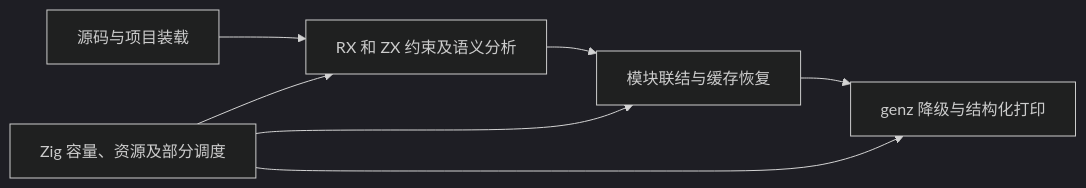
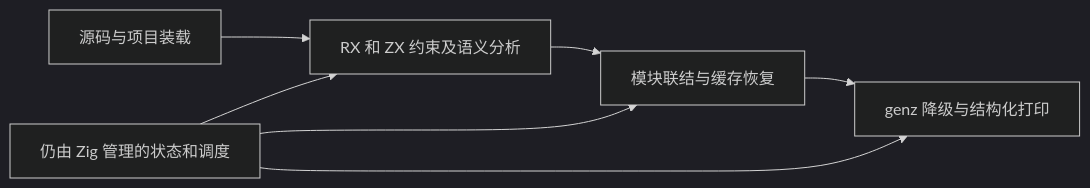
One commit to MatrixAges/zray changed the first of 2 diagrams in docs/2026-11-17/自举整体进度盘点.md. Above: the diagram before and after it, drawn with Mermaid (dark theme). The commit also changed other lines of this file and 11 other files, not shown here.

````diff
--- a/docs/2026-11-17/自举整体进度盘点.md
+++ b/docs/2026-11-17/自举整体进度盘点.md
@@ -65,9 +80,9 @@
 ```mermaid
 flowchart LR
     Frontend[源码与项目装载] --> Analysis[RX 和 ZX 约束及语义分析]
     Analysis --> Link[模块联结与缓存恢复]
     Link --> Generate[genz 降级与结构化打印]
-    Host[Zig 容量、资源及部分调度] --> Analysis
+    Host[仍由 Zig 管理的状态和调度] --> Analysis
     Host --> Link
     Host --> Generate
 ```
````
